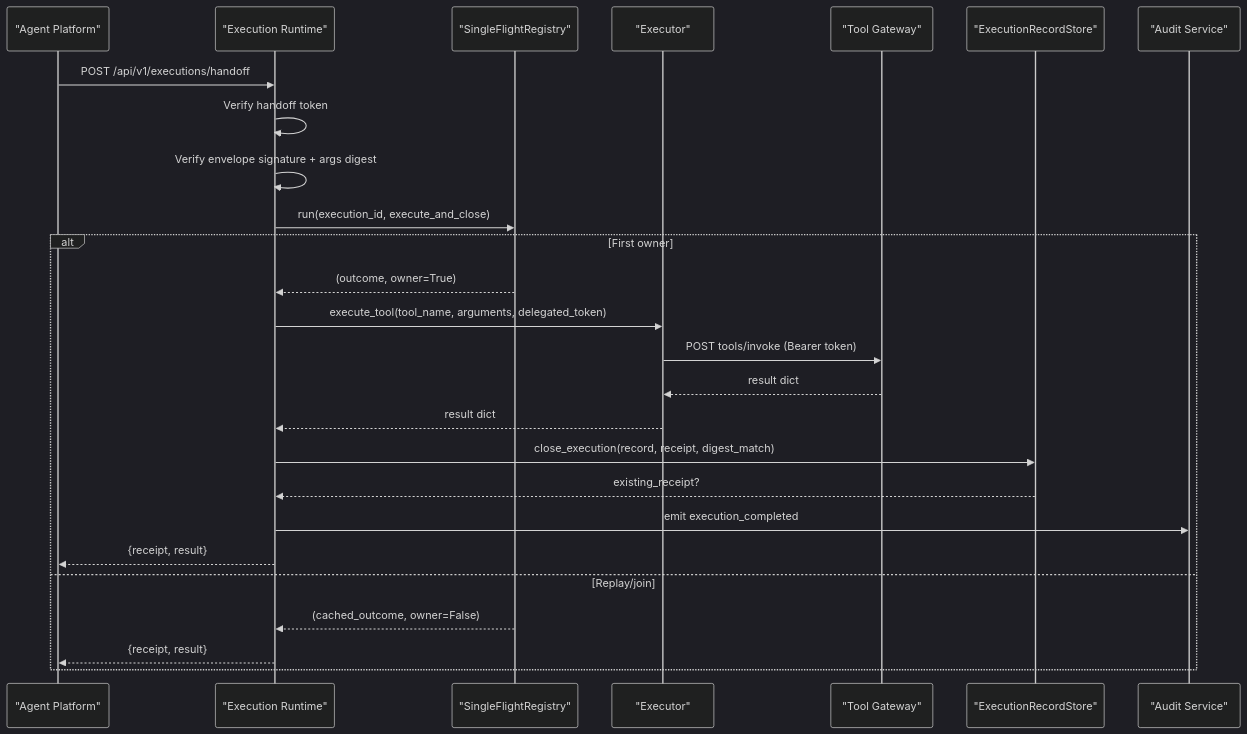
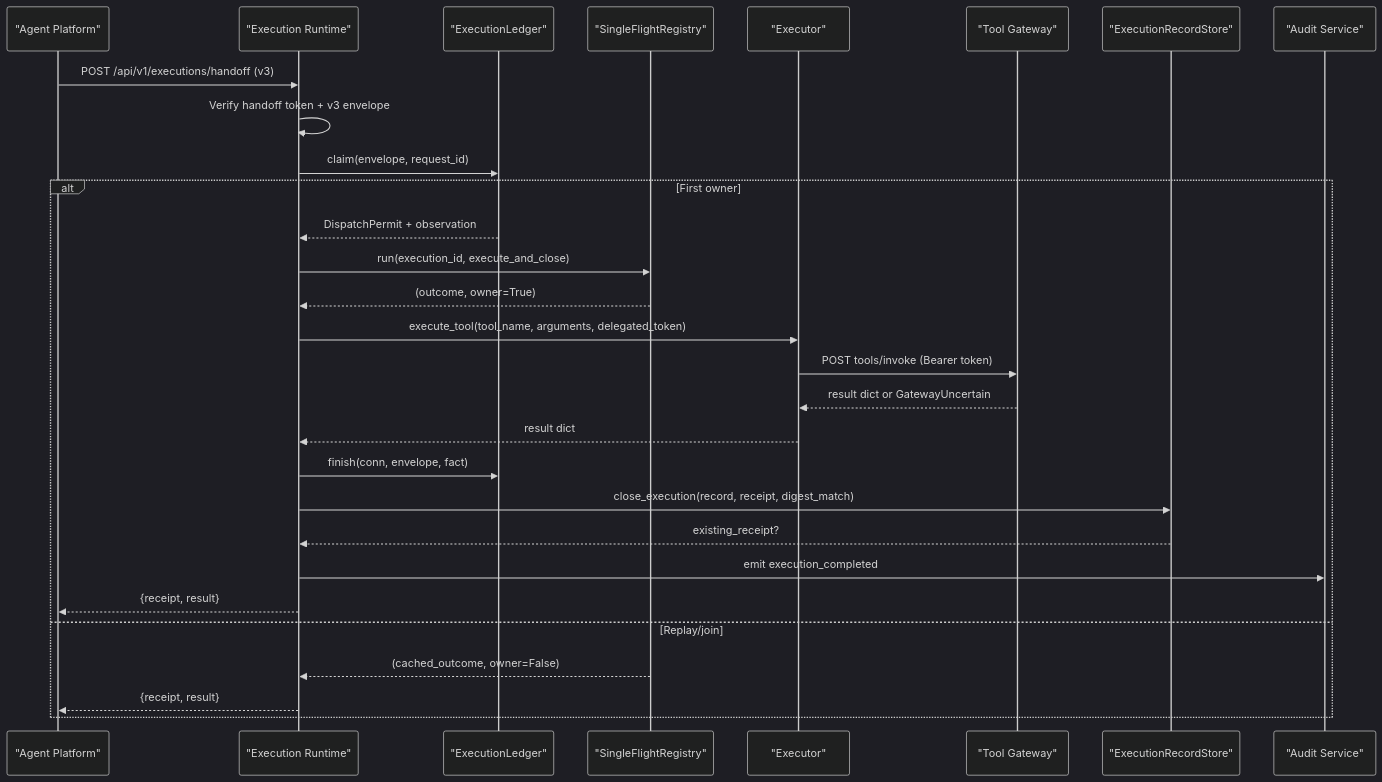
One commit to metasync/luban-aiops changed the second of 9 diagrams in .qoder/repowiki/en/content/Core Services/Execution Runtime.md. Above: the diagram before and after it, drawn with Mermaid (dark theme). The commit also changed other lines of this file and 19 other files, not shown here.

````diff
--- a/.qoder/repowiki/en/content/Core Services/Execution Runtime.md
+++ b/.qoder/repowiki/en/content/Core Services/Execution Runtime.md
@@ -101,28 +123,31 @@
 ```mermaid
 sequenceDiagram
 participant Client as "Agent Platform"
 participant Worker as "Execution Runtime"
+participant Ledger as "ExecutionLedger"
 participant Registry as "SingleFlightRegistry"
 participant Executor as "Executor"
 participant Gateway as "Tool Gateway"
 participant Store as "ExecutionRecordStore"
 participant Audit as "Audit Service"
-Client->>Worker : POST /api/v1/executions/handoff
-Worker->>Worker : Verify handoff token
-Worker->>Worker : Verify envelope signature + args digest
+Client->>Worker : POST /api/v1/executions/handoff (v3)
+Worker->>Worker : Verify handoff token + v3 envelope
+Worker->>Ledger : claim(envelope, request_id)
+alt First owner
+Ledger-->>Worker : DispatchPermit + observation
 Worker->>Registry : run(execution_id, execute_and_close)
-alt First owner
 Registry-->>Worker : (outcome, owner=True)
 Worker->>Executor : execute_tool(tool_name, arguments, delegated_token)
 Executor->>Gateway : POST tools/invoke (Bearer token)
-Gateway-->>Executor : result dict
+Gateway-->>Executor : result dict or GatewayUncertain
 Executor-->>Worker : result dict
+Worker->>Ledger : finish(conn, envelope, fact)
 Worker->>Store : close_execution(record, receipt, digest_match)
 Store-->>Worker : existing_receipt?
 Worker->>Audit : emit execution_completed
 Worker-->>Client : {receipt, result}
 else Replay/join
 Registry-->>Worker : (cached_outcome, owner=False)
 Worker-->>Client : {receipt, result}
 end
 ```
````
